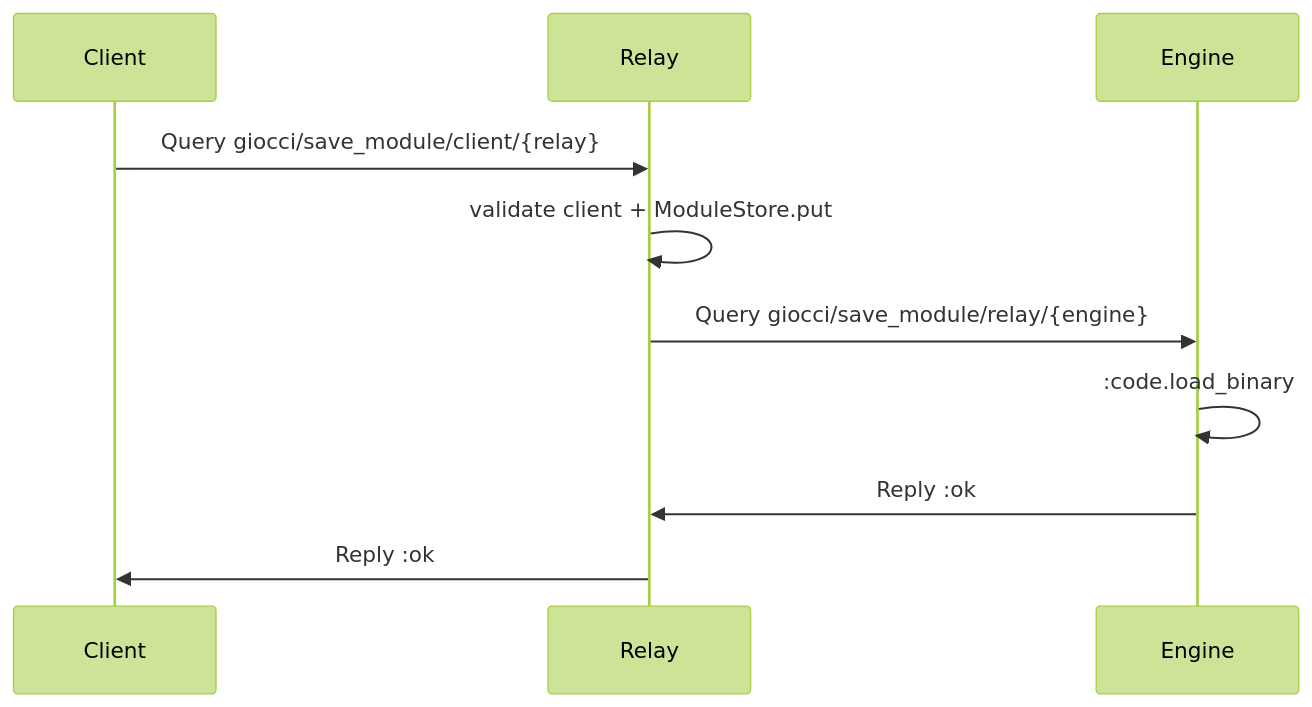
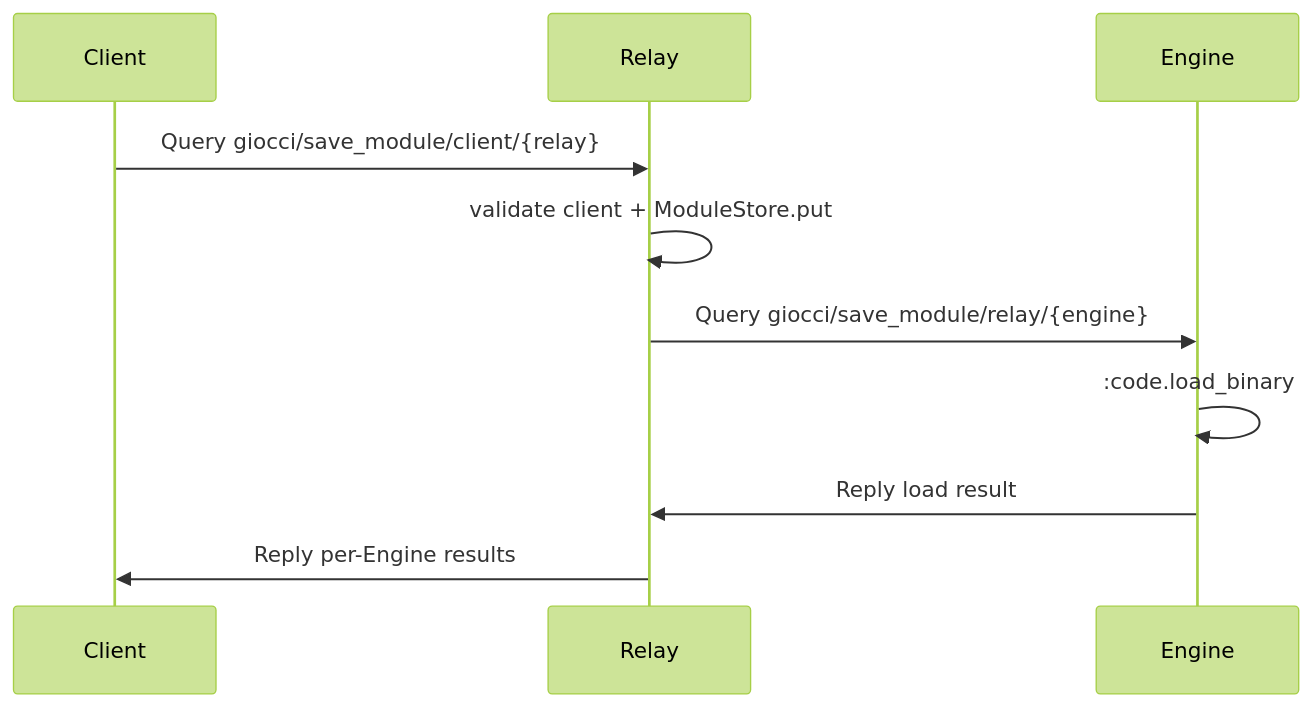
The third of 6 diagrams in README.md (biyooon-ex/giocci_platform), drawn with Mermaid (forest theme) before and after one commit. The commit also changed other lines of this file and 2 other files, not shown here.

````diff
--- a/README.md
+++ b/README.md
@@ -138,13 +141,13 @@
 ```mermaid
 sequenceDiagram
   participant Client
   participant Relay
   participant Engine
 
   Client->>Relay: Query giocci/save_module/client/{relay}
   Relay->>Relay: validate client + ModuleStore.put
   Relay->>Engine: Query giocci/save_module/relay/{engine}
   Engine->>Engine: :code.load_binary
-  Engine->>Relay: Reply :ok
-  Relay->>Client: Reply :ok
+  Engine->>Relay: Reply load result
+  Relay->>Client: Reply per-Engine results
 ```
````
